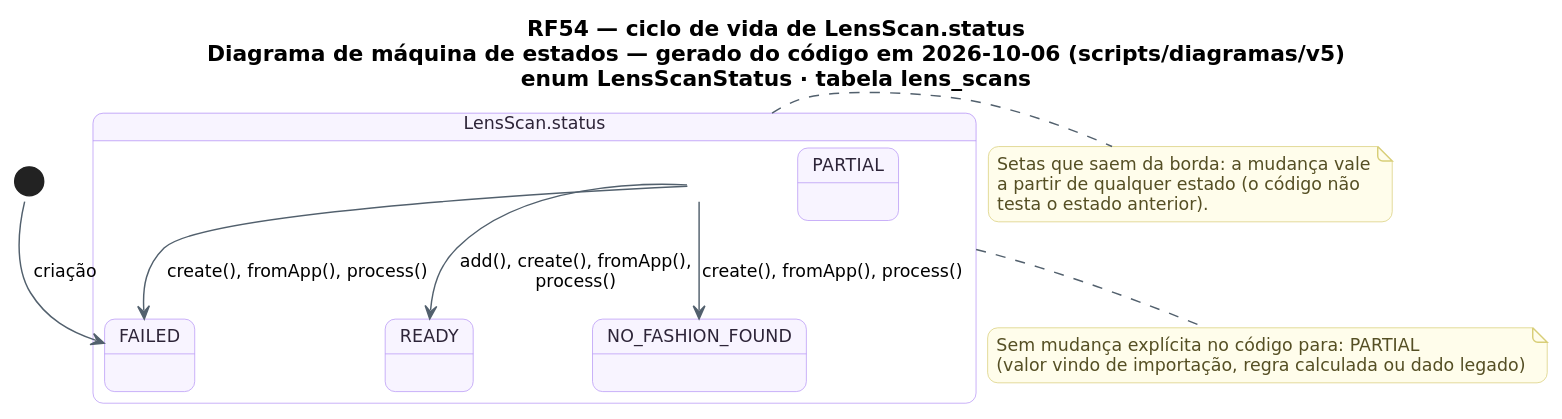
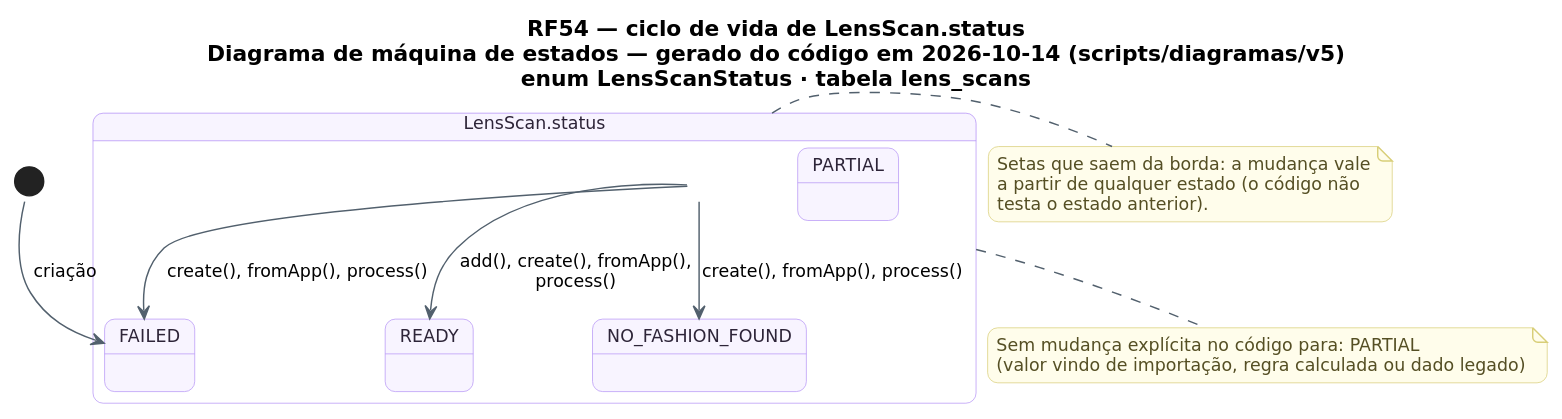
One commit to MatheusHaliski/tcc-2026-fashion-ai-backend changed the diagram in docs/diagramas/RF54/RF54-maquinadeestados.puml. Above: the diagram before and after it, drawn with PlantUML. The commit also changed 800 other files, not shown here.

Commit message:
Adiciona composições AURA, bordas Metamorfose, guia visual e atualiza diagramas

```diff
--- a/docs/diagramas/RF54/RF54-maquinadeestados.puml
+++ b/docs/diagramas/RF54/RF54-maquinadeestados.puml
@@ -1,43 +1,43 @@
 @startuml RF54_MaquinaDeEstados_Scan
 !pragma layout smetana
 skinparam backgroundColor #FFFFFF
 skinparam shadowing false
 skinparam defaultFontName "DejaVu Sans"
 skinparam defaultFontSize 12
 skinparam titleFontSize 15
 skinparam roundcorner 14
 skinparam ArrowColor #52606D
 skinparam note {
   BackgroundColor #FFFDEB
   BorderColor #D8CE78
   FontColor #554F24
 }
 skinparam state {
   BackgroundColor #F8F4FF
   BorderColor #B695F5
   FontColor #2D2438
   StartColor #20A77A
   EndColor #4B5563
 }
-title RF54 — ciclo de vida de LensScan.status\nDiagrama de máquina de estados — gerado do código em 2026-10-06 (scripts/diagramas/v5)\nenum LensScanStatus · tabela lens_scans
+title RF54 — ciclo de vida de LensScan.status\nDiagrama de máquina de estados — gerado do código em 2026-10-14 (scripts/diagramas/v5)\nenum LensScanStatus · tabela lens_scans
 
 state "LensScan.status" as Ciclo_LensScan {
   state Ciclo_LensScan_READY as "READY"
   state Ciclo_LensScan_PARTIAL as "PARTIAL"
   state Ciclo_LensScan_NO_FASHION_FOUND as "NO_FASHION_FOUND"
   state Ciclo_LensScan_FAILED as "FAILED"
 }
 [*] --> Ciclo_LensScan_FAILED : criação
 Ciclo_LensScan --> Ciclo_LensScan_FAILED : create(), fromApp(), process()
 Ciclo_LensScan --> Ciclo_LensScan_NO_FASHION_FOUND : create(), fromApp(), process()
 Ciclo_LensScan --> Ciclo_LensScan_READY : add(), create(), fromApp(),\nprocess()
 note bottom of Ciclo_LensScan
   Sem mudança explícita no código para: PARTIAL
   (valor vindo de importação, regra calculada ou dado legado)
 end note
 note right of Ciclo_LensScan
   Setas que saem da borda: a mudança vale
   a partir de qualquer estado (o código não
   testa o estado anterior).
 end note
 @enduml
```
